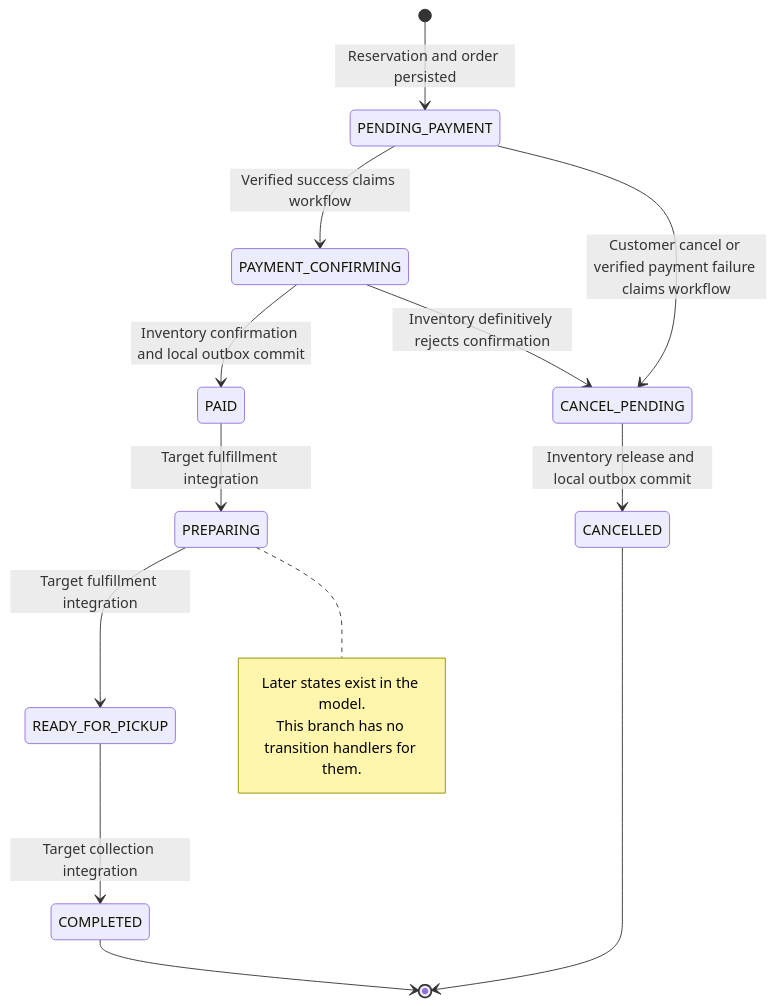
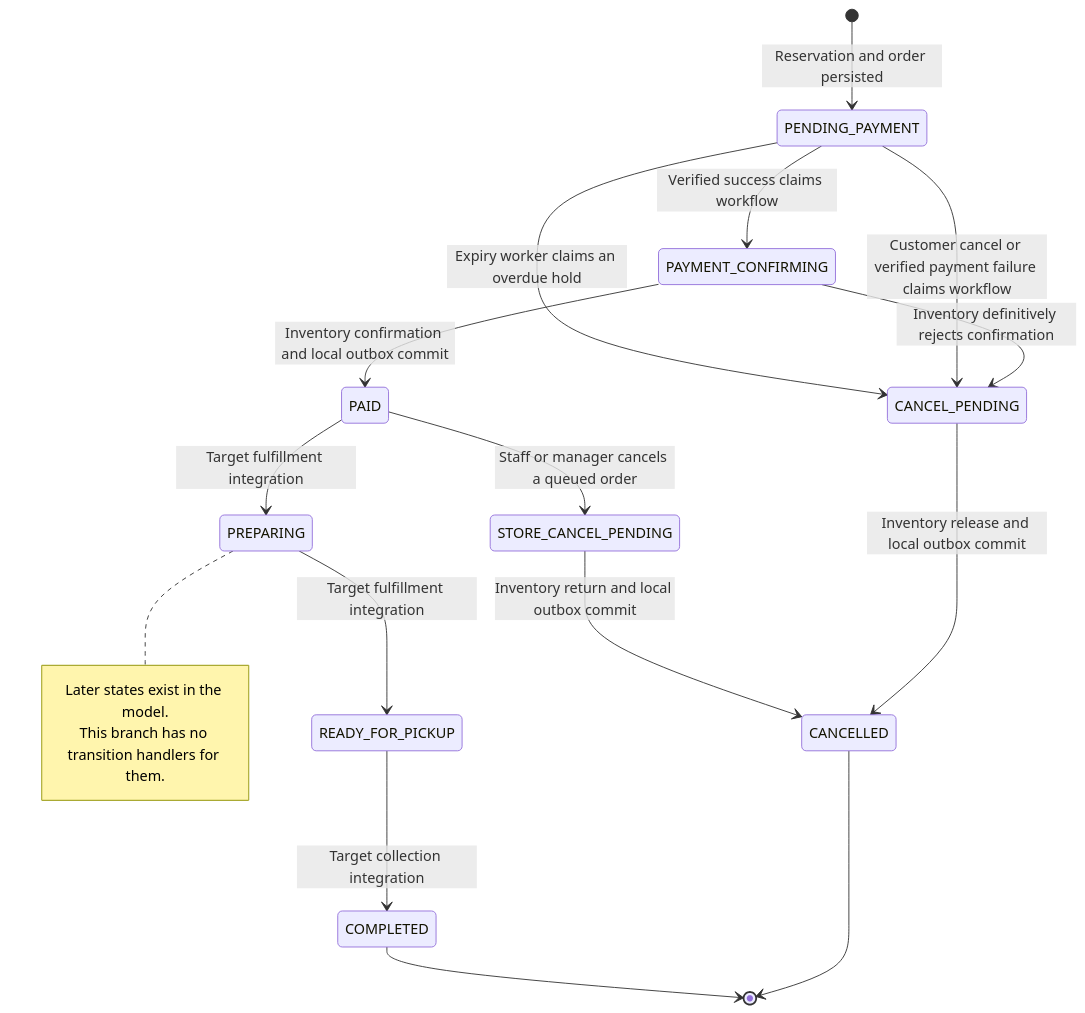
The sixth of 6 diagrams in docs/sequence-diagram.md (PhoengZ/backend-gelato-management), drawn with Mermaid before and after one commit. The commit also changed other lines of this file and 2 other files, not shown here.

Commit message:
docs: update sequence and event spec for expiry and store cancellation

````diff
--- a/docs/sequence-diagram.md
+++ b/docs/sequence-diagram.md
@@ -165,19 +188,22 @@
 ```mermaid
 stateDiagram-v2
     [*] --> PENDING_PAYMENT: Reservation and order persisted
     PENDING_PAYMENT --> PAYMENT_CONFIRMING: Verified success claims workflow
     PAYMENT_CONFIRMING --> PAID: Inventory confirmation and local outbox commit
     PAYMENT_CONFIRMING --> CANCEL_PENDING: Inventory definitively rejects confirmation
     PENDING_PAYMENT --> CANCEL_PENDING: Customer cancel or verified payment failure claims workflow
+    PENDING_PAYMENT --> CANCEL_PENDING: Expiry worker claims an overdue hold
     CANCEL_PENDING --> CANCELLED: Inventory release and local outbox commit
+    PAID --> STORE_CANCEL_PENDING: Staff or manager cancels a queued order
+    STORE_CANCEL_PENDING --> CANCELLED: Inventory return and local outbox commit
     PAID --> PREPARING: Target fulfillment integration
     PREPARING --> READY_FOR_PICKUP: Target fulfillment integration
     READY_FOR_PICKUP --> COMPLETED: Target collection integration
     CANCELLED --> [*]
     COMPLETED --> [*]
 
     note right of PREPARING
         Later states exist in the model.
         This branch has no transition handlers for them.
     end note
 ```
````
